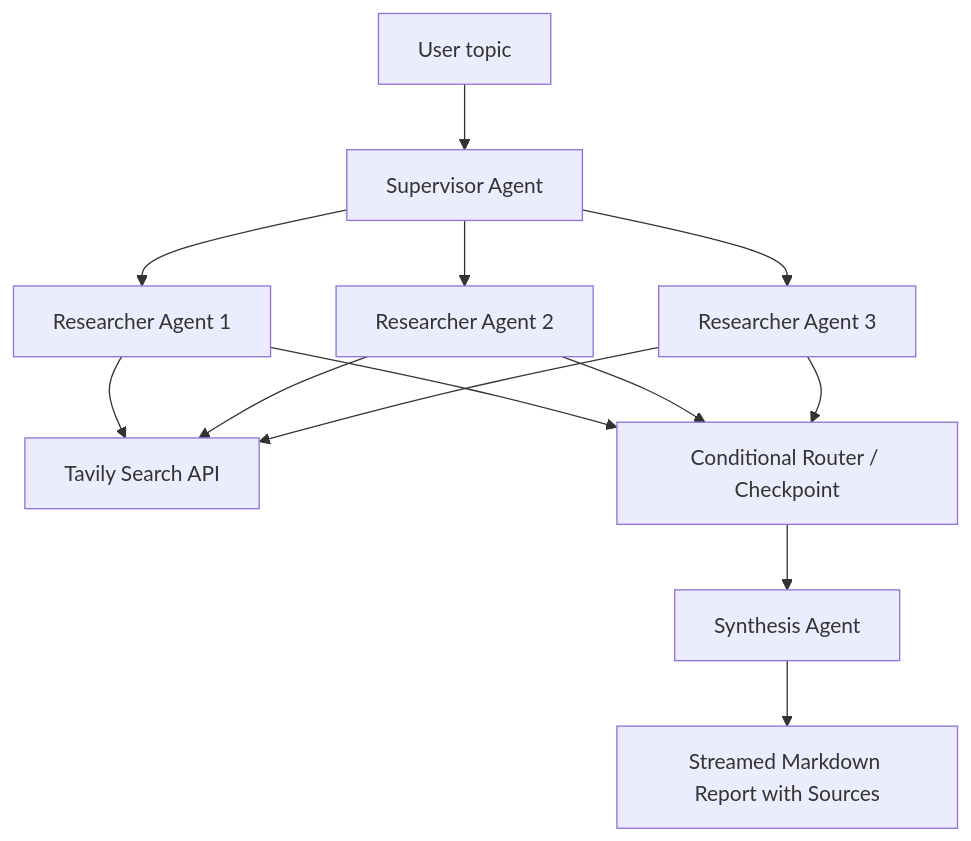
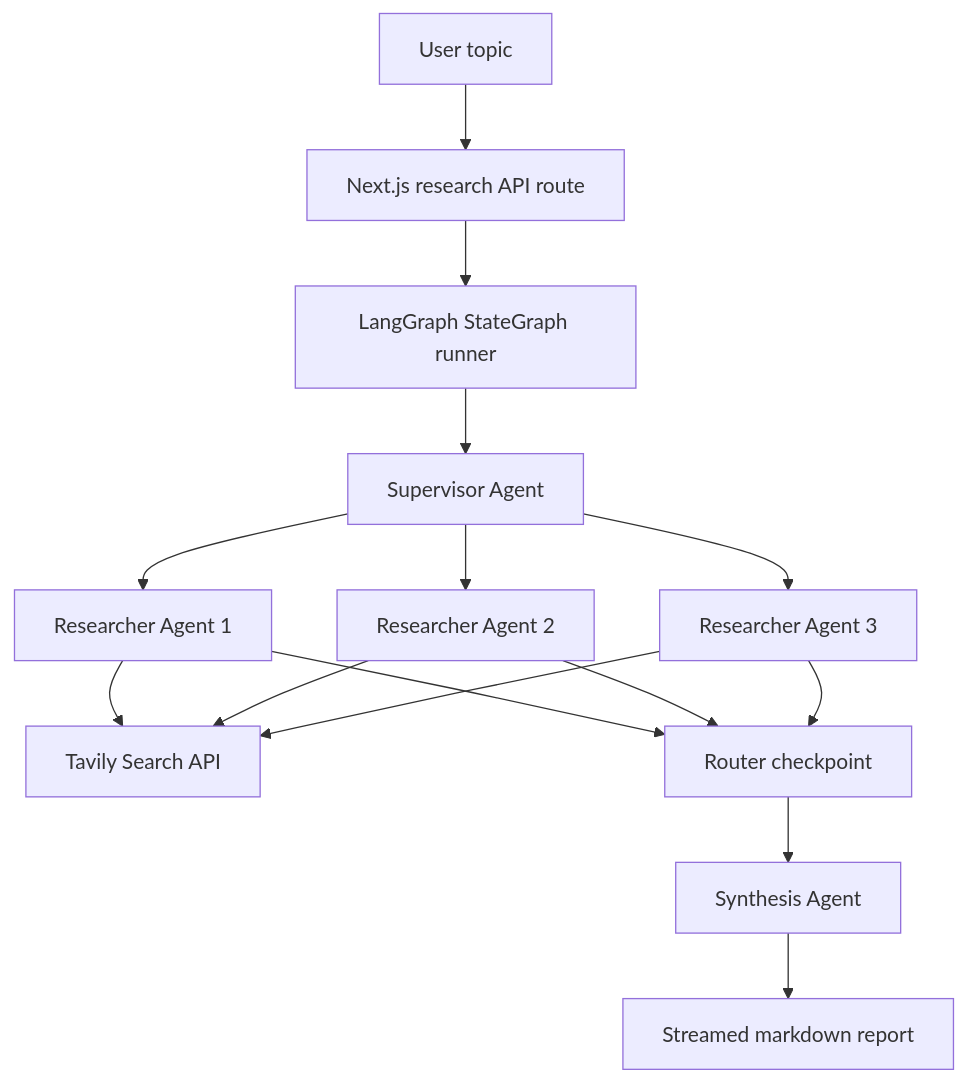
The diagram in README.md (MPoornaChandu/multi-agent-research-assistant), drawn with Mermaid before and after one commit. The commit also changed other lines of this file and 25 other files, not shown here.

````diff
--- a/README.md
+++ b/README.md
@@ -11,15 +13,17 @@
 ```mermaid
 flowchart TD
-  A["User topic"] --> B["Supervisor Agent"]
-  B --> C1["Researcher Agent 1"]
-  B --> C2["Researcher Agent 2"]
-  B --> C3["Researcher Agent 3"]
-  C1 --> D["Tavily Search API"]
-  C2 --> D
-  C3 --> D
-  C1 --> E["Conditional Router / Checkpoint"]
-  C2 --> E
-  C3 --> E
-  E --> F["Synthesis Agent"]
-  F --> G["Streamed Markdown Report with Sources"]
+  A["User topic"] --> B["Next.js research API route"]
+  B --> C["LangGraph StateGraph runner"]
+  C --> D["Supervisor Agent"]
+  D --> E1["Researcher Agent 1"]
+  D --> E2["Researcher Agent 2"]
+  D --> E3["Researcher Agent 3"]
+  E1 --> F["Tavily Search API"]
+  E2 --> F
+  E3 --> F
+  E1 --> G["Router checkpoint"]
+  E2 --> G
+  E3 --> G
+  G --> H["Synthesis Agent"]
+  H --> I["Streamed markdown report"]
 ```
````
